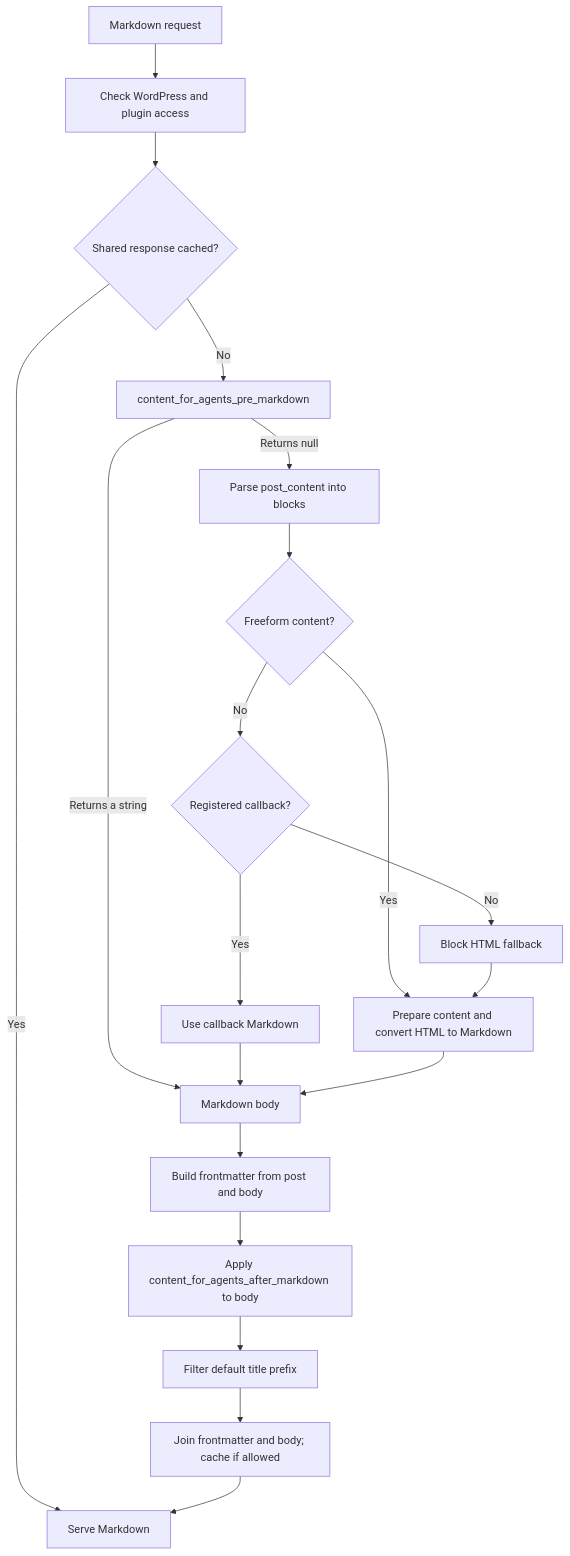
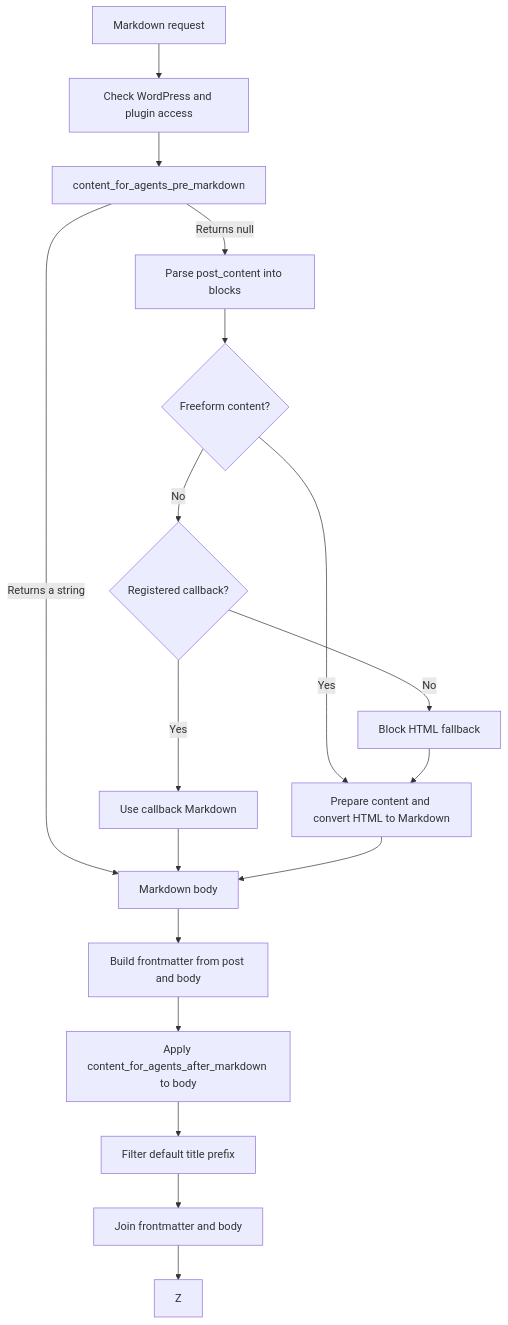
Before and after one commit to Automattic/content-for-agents: the first of 2 diagrams in docs/ARCHITECTURE.md, drawn with Mermaid. The commit also changed other lines of this file and 10 other files, not shown here.

````diff
--- a/docs/ARCHITECTURE.md
+++ b/docs/ARCHITECTURE.md
@@ -8,22 +8,20 @@
 ```mermaid
 flowchart TD
     A[Markdown request] --> B[Check WordPress and plugin access]
-    B --> C{Shared response cached?}
-    C -- Yes --> Z[Serve Markdown]
-    C -- No --> D[content_for_agents_pre_markdown]
+    B --> D[content_for_agents_pre_markdown]
     D -- Returns a string --> J[Markdown body]
     D -- Returns null --> E[Parse post_content into blocks]
     E --> F{Freeform content?}
     F -- Yes --> I[Prepare content and convert HTML to Markdown]
     F -- No --> K{Registered callback?}
     K -- Yes --> S[Use callback Markdown]
     K -- No --> L[Block HTML fallback]
     L --> I
     S --> J
     I --> J
     J --> M[Build frontmatter from post and body]
     M --> N[Apply content_for_agents_after_markdown to body]
     N --> O[Filter default title prefix]
-    O --> P[Join frontmatter and body; cache if allowed]
+    O --> P[Join frontmatter and body]
     P --> Z
 ```
````
